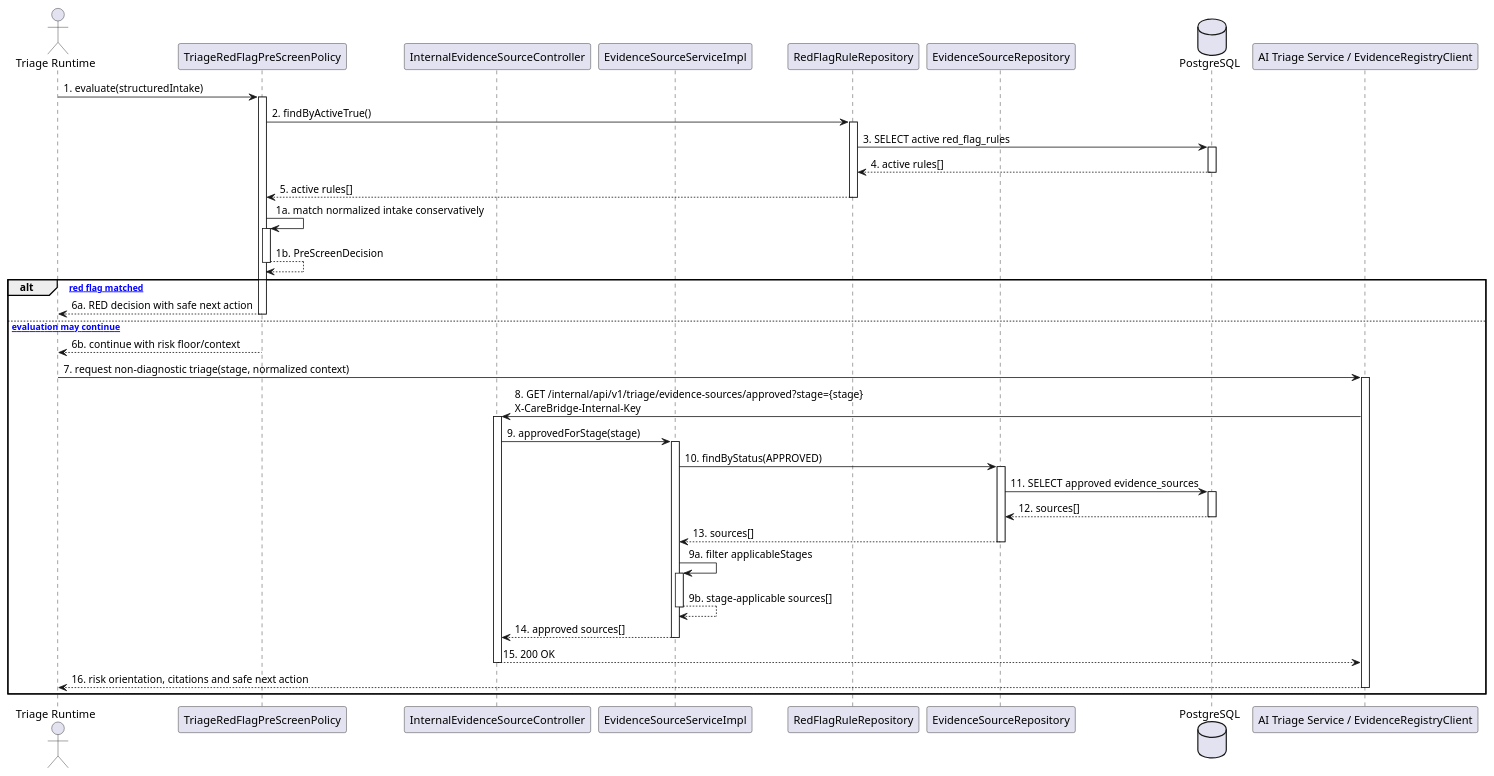
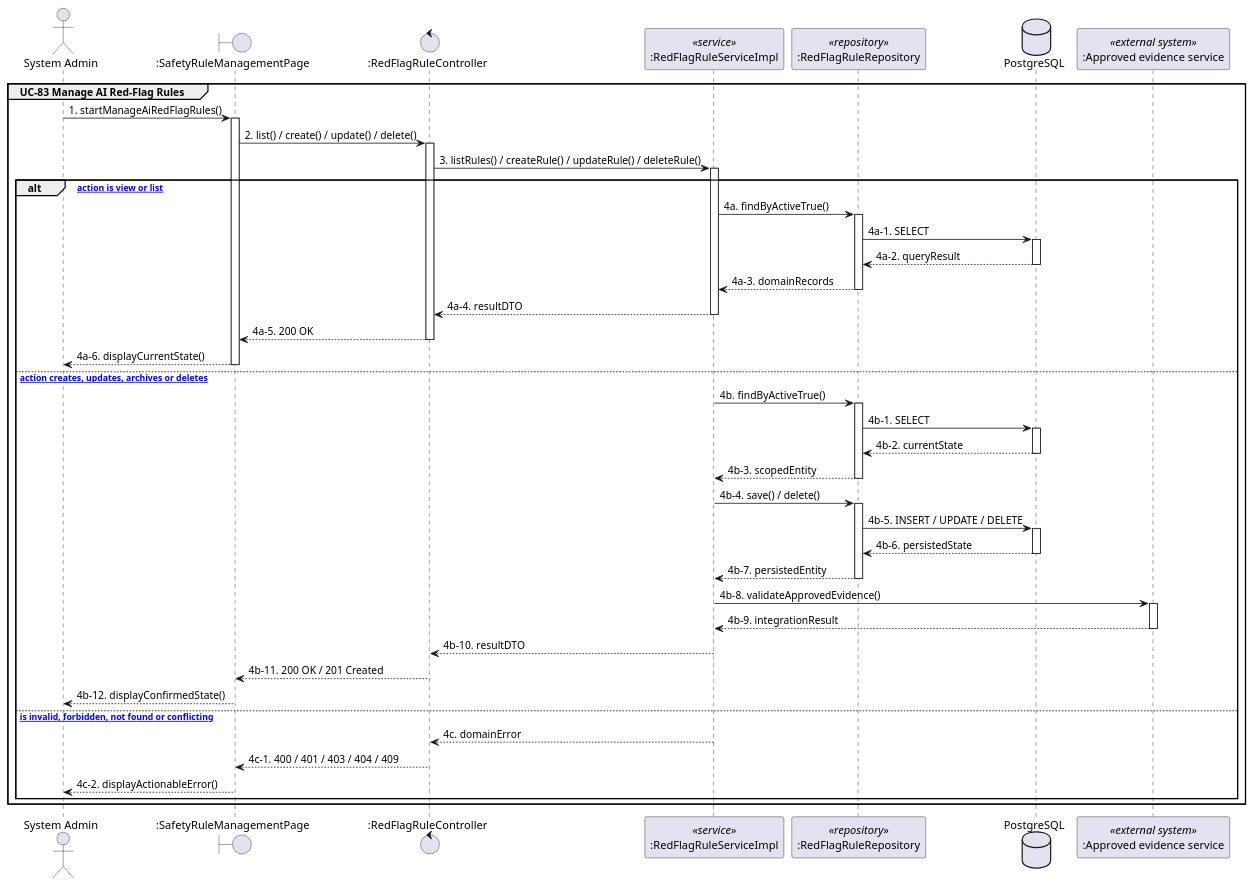
The second of 2 diagrams in docs/Detailed_Design/MF06_AI_Nurse_Assistant_Risk_Triage/02_Approved_Knowledge_RedFlag_Execution.md (ChuongBDHE172784/CareBridge_SEP490_G79), drawn with PlantUML before and after one commit. The commit also changed other lines of this file and 111 other files, not shown here.

````diff
--- a/docs/Detailed_Design/MF06_AI_Nurse_Assistant_Risk_Triage/02_Approved_Knowledge_RedFlag_Execution.md
+++ b/docs/Detailed_Design/MF06_AI_Nurse_Assistant_Risk_Triage/02_Approved_Knowledge_RedFlag_Execution.md
@@ -80,58 +83,73 @@
 ```plantuml
-@startuml MF06_02_KnowledgeRedFlagExecution_SequenceDiagram
-actor "Triage Runtime" as Runtime
-participant "TriageRedFlagPreScreenPolicy" as PreScreen
-participant "InternalEvidenceSourceController" as EvidenceController
-participant "EvidenceSourceServiceImpl" as EvidenceService
-participant "RedFlagRuleRepository" as RuleRepo
-participant "EvidenceSourceRepository" as EvidenceRepo
+@startuml MF06_02_ApprovedEvidenceandRedFlagRuleAdministration_SequenceDiagram
+skinparam shadowing false
+
+actor "System Admin" as Actor
+boundary ":SafetyRuleManagementPage" as UI1
+control ":RedFlagRuleController" as Controller1
+participant ":RedFlagRuleServiceImpl" as Service1 <<service>>
+participant ":RedFlagRuleRepository" as Repository1 <<repository>>
 database "PostgreSQL" as DB
-participant "AI Triage Service / EvidenceRegistryClient" as AI
+participant ":Approved evidence service" as External1 <<external system>>
 
-Runtime -> PreScreen : 1. evaluate(structuredIntake)
-activate PreScreen
-PreScreen -> RuleRepo : 2. findByActiveTrue()
-activate RuleRepo
-RuleRepo -> DB : 3. SELECT active red_flag_rules
-activate DB
-DB --> RuleRepo : 4. active rules[]
-deactivate DB
-RuleRepo --> PreScreen : 5. active rules[]
-deactivate RuleRepo
-PreScreen -> PreScreen : 1a. match normalized intake conservatively
-activate PreScreen
-PreScreen --> PreScreen : 1b. PreScreenDecision
-deactivate PreScreen
-alt [blocking red flag matched]
-  PreScreen --> Runtime : 6a. RED decision with safe next action
-  deactivate PreScreen
-else [AI-assisted evaluation may continue]
-  PreScreen --> Runtime : 6b. continue with risk floor/context
-  deactivate PreScreen
-  Runtime -> AI : 7. request non-diagnostic triage(stage, normalized context)
-  activate AI
-  AI -> EvidenceController : 8. GET /internal/api/v1/triage/evidence-sources/approved?stage={stage}\nX-CareBridge-Internal-Key
-  activate EvidenceController
-  EvidenceController -> EvidenceService : 9. approvedForStage(stage)
-  activate EvidenceService
-  EvidenceService -> EvidenceRepo : 10. findByStatus(APPROVED)
-  activate EvidenceRepo
-  EvidenceRepo -> DB : 11. SELECT approved evidence_sources
-  activate DB
-  DB --> EvidenceRepo : 12. sources[]
-  deactivate DB
-  EvidenceRepo --> EvidenceService : 13. sources[]
-  deactivate EvidenceRepo
-  EvidenceService -> EvidenceService : 9a. filter applicableStages
-  activate EvidenceService
-  EvidenceService --> EvidenceService : 9b. stage-applicable sources[]
-  deactivate EvidenceService
-  EvidenceService --> EvidenceController : 14. approved sources[]
-  deactivate EvidenceService
-  EvidenceController --> AI : 15. 200 OK
-  deactivate EvidenceController
-  AI --> Runtime : 16. risk orientation, citations and safe next action
-  deactivate AI
+group UC-83 Manage AI Red-Flag Rules
+  Actor -> UI1 : 1. startManageAiRedFlagRules()
+  activate UI1
+  UI1 -> Controller1 : 2. list() / create() / update() / delete()
+  activate Controller1
+  Controller1 -> Service1 : 3. listRules() / createRule() / updateRule() / deleteRule()
+  activate Service1
+  alt [selected action is view or list]
+    Service1 -> Repository1 : 4a. findByActiveTrue()
+    activate Repository1
+    Repository1 -> DB : 4a-1. SELECT
+    activate DB
+    DB --> Repository1 : 4a-2. queryResult
+    deactivate DB
+    Repository1 --> Service1 : 4a-3. domainRecords
+    deactivate Repository1
+    Service1 --> Controller1 : 4a-4. resultDTO
+    deactivate Service1
+    Controller1 --> UI1 : 4a-5. 200 OK
+    deactivate Controller1
+    UI1 --> Actor : 4a-6. displayCurrentState()
+    deactivate UI1
+  else [selected action creates, updates, archives or deletes]
+    Service1 -> Repository1 : 4b. findByActiveTrue()
+    activate Repository1
+    Repository1 -> DB : 4b-1. SELECT
+    activate DB
+    DB --> Repository1 : 4b-2. currentState
+    deactivate DB
+    Repository1 --> Service1 : 4b-3. scopedEntity
+    deactivate Repository1
+    Service1 -> Repository1 : 4b-4. save() / delete()
+    activate Repository1
+    Repository1 -> DB : 4b-5. INSERT / UPDATE / DELETE
+    activate DB
+    DB --> Repository1 : 4b-6. persistedState
+    deactivate DB
+    Repository1 --> Service1 : 4b-7. persistedEntity
+    deactivate Repository1
+    Service1 -> External1 : 4b-8. validateApprovedEvidence()
+    activate External1
+    External1 --> Service1 : 4b-9. integrationResult
+    deactivate External1
+    Service1 --> Controller1 : 4b-10. resultDTO
+    deactivate Service1
+    Controller1 --> UI1 : 4b-11. 200 OK / 201 Created
+    deactivate Controller1
+    UI1 --> Actor : 4b-12. displayConfirmedState()
+    deactivate UI1
+  else [request is invalid, forbidden, not found or conflicting]
+    Service1 --> Controller1 : 4c. domainError
+    deactivate Service1
+    Controller1 --> UI1 : 4c-1. 400 / 401 / 403 / 404 / 409
+    deactivate Controller1
+    UI1 --> Actor : 4c-2. displayActionableError()
+    deactivate UI1
+  end
 end
+
 @enduml
 ```
````
